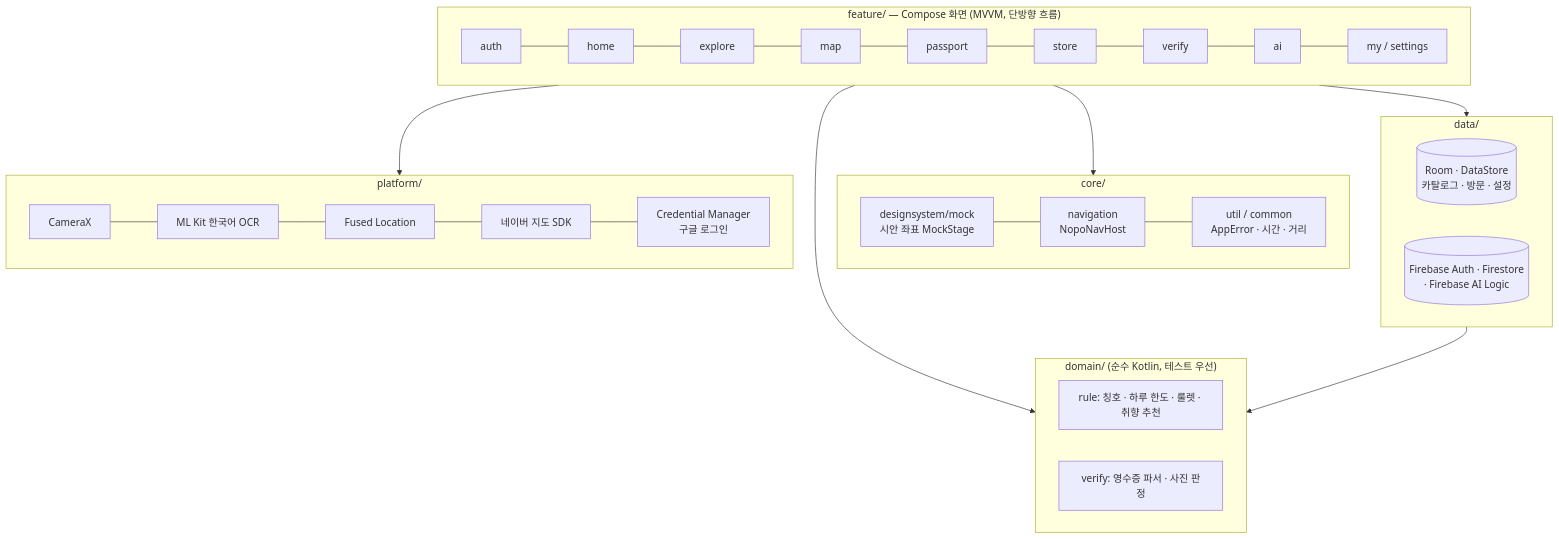
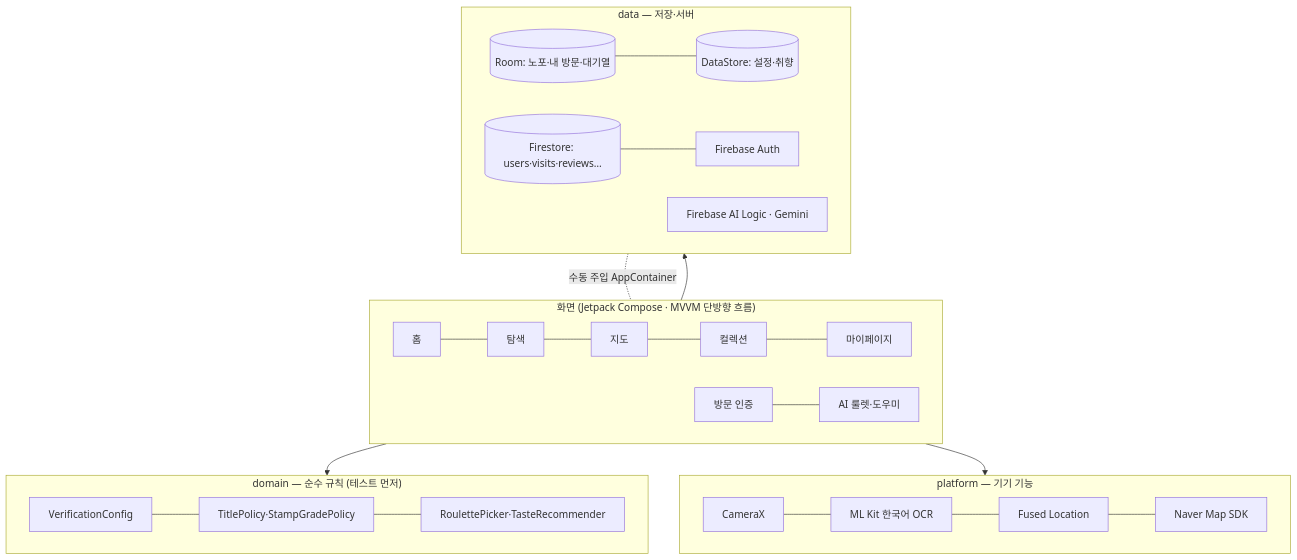
The fourth of 5 diagrams in README.md (ohdangchan/NopoCheonnyeon), drawn with Mermaid before and after one commit. The commit also changed other lines of this file and 44 other files, not shown here.

````diff
--- a/README.md
+++ b/README.md
@@ -137,25 +352,23 @@
 ```mermaid
 flowchart TB
-    subgraph UI["feature/ — Compose 화면 (MVVM, 단방향 흐름)"]
-      Auth[auth] --- Home[home] --- Explore[explore] --- Map[map] --- Passport[passport] --- Store[store] --- Verify[verify] --- AI[ai] --- My[my / settings]
+    subgraph UI["화면 (Jetpack Compose · MVVM 단방향 흐름)"]
+        direction LR
+        H[홈] --- E[탐색] --- M[지도] --- C[컬렉션] --- Y[마이페이지]
+        V[방문 인증] --- AI[AI 룰렛·도우미]
     end
-    subgraph Core["core/"]
-      DS[designsystem/mock<br/>시안 좌표 MockStage] --- Nav[navigation<br/>NopoNavHost] --- Util[util / common<br/>AppError · 시간 · 거리]
+    subgraph DOM["domain — 순수 규칙 (테스트 먼저)"]
+        R1[VerificationConfig] --- R2[TitlePolicy·StampGradePolicy] --- R3[RoulettePicker·TasteRecommender]
     end
-    subgraph Domain["domain/ (순수 Kotlin, 테스트 우선)"]
-      Rules[rule: 칭호 · 하루 한도 · 룰렛 · 취향 추천]
-      Verifier[verify: 영수증 파서 · 사진 판정]
+    subgraph DATA["data — 저장·서버"]
+        DB[(Room: 노포·내 방문·대기열)] --- DS[(DataStore: 설정·취향)]
+        FS[(Firestore: users·visits·reviews…)] --- AU[Firebase Auth]
+        AIL[Firebase AI Logic · Gemini]
     end
-    subgraph Data["data/"]
-      Local[(Room · DataStore<br/>카탈로그 · 방문 · 설정)]
-      Remote[(Firebase Auth · Firestore<br/>· Firebase AI Logic)]
+    subgraph PLAT["platform — 기기 기능"]
+        CAM[CameraX] --- OCR[ML Kit 한국어 OCR] --- LOC[Fused Location] --- MAP[Naver Map SDK]
     end
-    subgraph Platform["platform/"]
-      Cam[CameraX] --- Ocr[ML Kit 한국어 OCR] --- Loc[Fused Location] --- Naver[네이버 지도 SDK] --- Cred[Credential Manager<br/>구글 로그인]
-    end
-    UI --> Domain
-    UI --> Core
-    UI --> Data
-    UI --> Platform
-    Data --> Domain
+    UI --> DOM
+    UI --> DATA
+    UI --> PLAT
+    DATA -. 수동 주입 AppContainer .- UI
 ```
````
